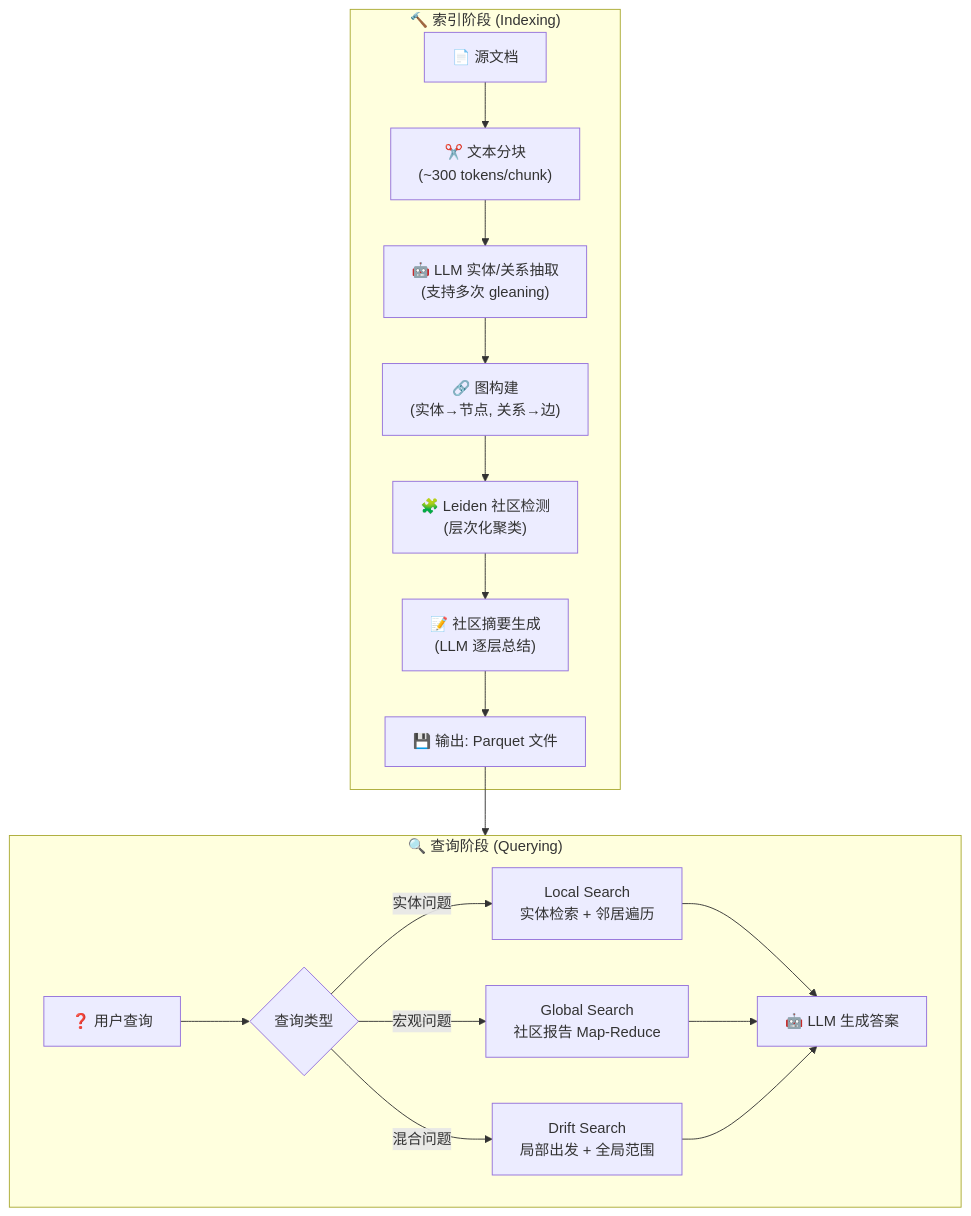
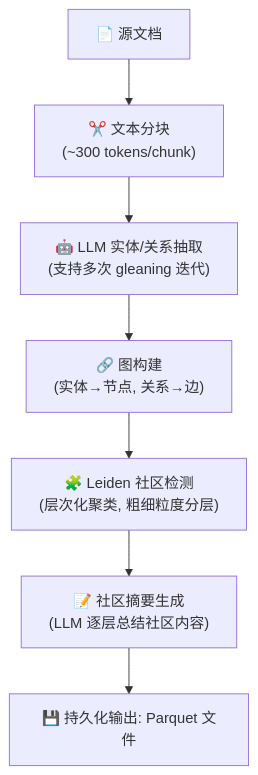
One commit to amoihans/amoihans.github.io changed the fourth of 15 diagrams in src/content/posts/graphrag-vs-lightrag.md. Above: the diagram before and after it, drawn with Mermaid. The commit also changed other lines of this file, not shown here.

Commit message:
refactor: split core architecture diagrams into separate index/query phases

````diff
--- a/src/content/posts/graphrag-vs-lightrag.md
+++ b/src/content/posts/graphrag-vs-lightrag.md
@@ -86,23 +88,9 @@
 ```mermaid
 flowchart TB
-    subgraph Index["🔨 索引阶段 (Indexing)"]
-        A["📄 源文档"] --> B["✂️ 文本分块<br/>(~300 tokens/chunk)"]
-        B --> C["🤖 LLM 实体/关系抽取<br/>(支持多次 gleaning)"]
-        C --> D["🔗 图构建<br/>(实体→节点, 关系→边)"]
-        D --> E["🧩 Leiden 社区检测<br/>(层次化聚类)"]
-        E --> F["📝 社区摘要生成<br/>(LLM 逐层总结)"]
-        F --> G["💾 输出: Parquet 文件"]
-    end
-
-    subgraph Query["🔍 查询阶段 (Querying)"]
-        H["❓ 用户查询"] --> I{"查询类型"}
-        I -->|"实体问题"| J["Local Search<br/>实体检索 + 邻居遍历"]
-        I -->|"宏观问题"| K["Global Search<br/>社区报告 Map-Reduce"]
-        I -->|"混合问题"| L["Drift Search<br/>局部出发 + 全局范围"]
-        J --> M["🤖 LLM 生成答案"]
-        K --> M
-        L --> M
-    end
-
-    G --> Query
+    A["📄 源文档"] --> B["✂️ 文本分块<br/>(~300 tokens/chunk)"]
+    B --> C["🤖 LLM 实体/关系抽取<br/>(支持多次 gleaning 迭代)"]
+    C --> D["🔗 图构建<br/>(实体→节点, 关系→边)"]
+    D --> E["🧩 Leiden 社区检测<br/>(层次化聚类, 粗细粒度分层)"]
+    E --> F["📝 社区摘要生成<br/>(LLM 逐层总结社区内容)"]
+    F --> G["💾 持久化输出: Parquet 文件"]
 ```
````
